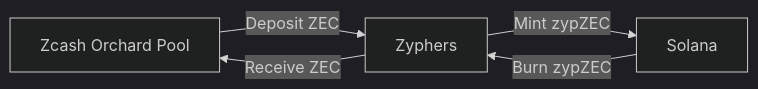
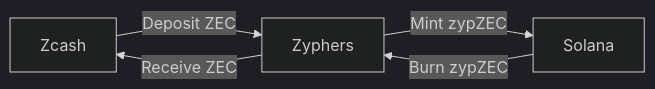
Before and after one commit to clearloop/zosh: the diagram in docs/src/intro.md, drawn with Mermaid (dark theme). The commit also changed other lines of this file and 7 other files, not shown here.

````diff
--- a/docs/src/intro.md
+++ b/docs/src/intro.md
@@ -5,7 +5,7 @@
 ```mermaid
 flowchart LR
-    A[Zcash Orchard Pool] --> |Deposit ZEC| C[Zyphers]
+    A[Zcash] --> |Deposit ZEC| C[Zyphers]
     C --> |Mint zypZEC| B[Solana]
     B --> |Burn zypZEC| C
     C --> |Receive ZEC| A
 ```
````
